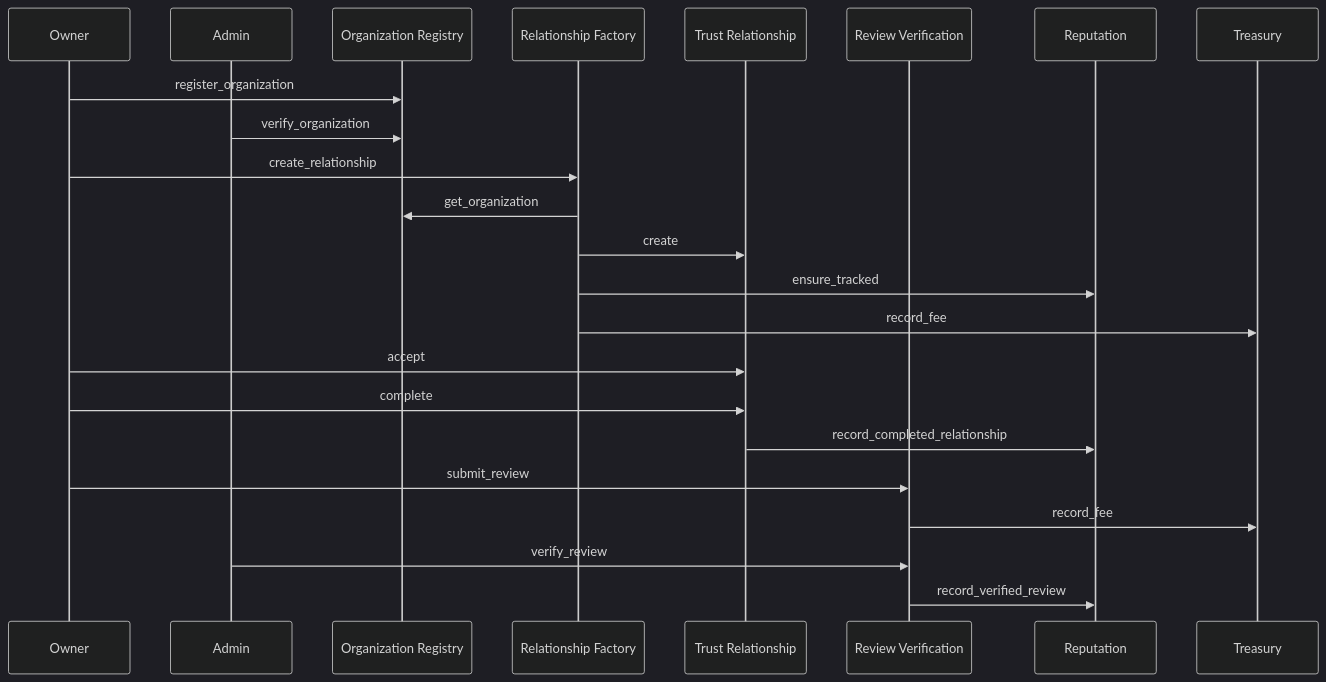
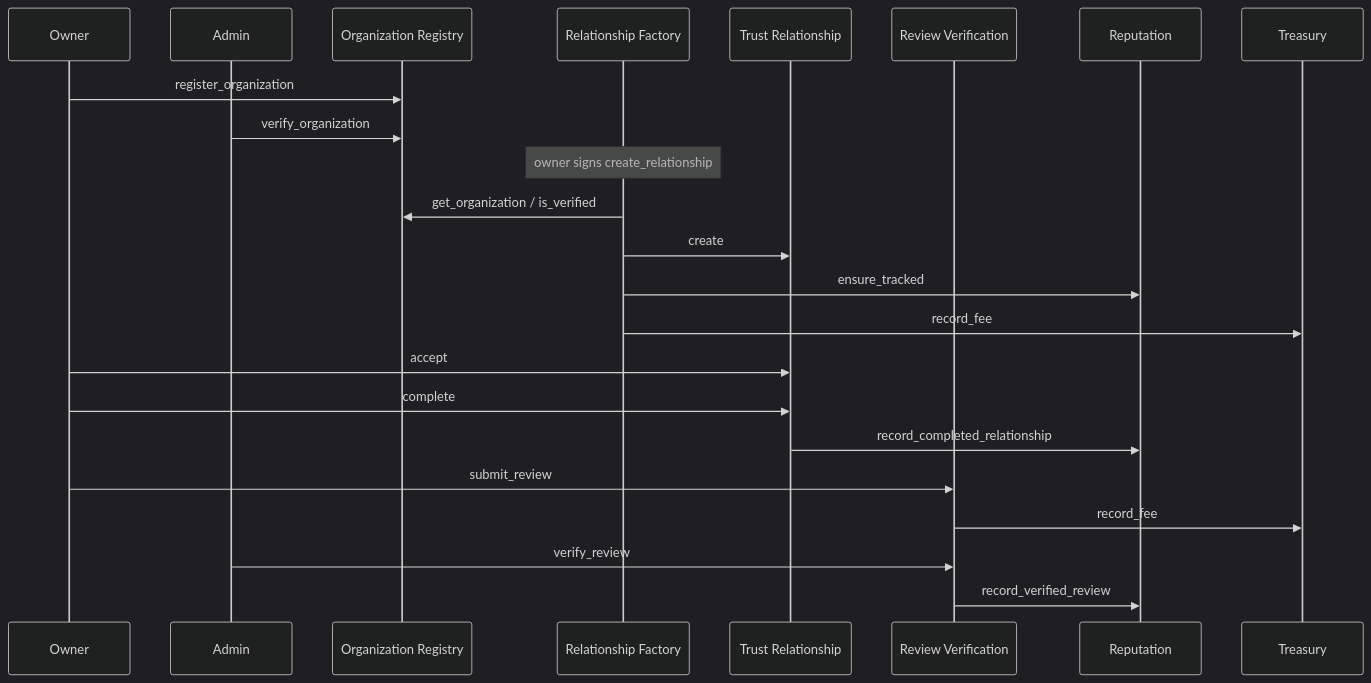
One commit to nishant-uxs/TrustMesh changed the second of 4 diagrams in README.md. Above: the diagram before and after it, drawn with Mermaid (dark theme). The commit also changed other lines of this file and 3 other files, not shown here.

````diff
--- a/README.md
+++ b/README.md
@@ -188,26 +169,26 @@
 ```mermaid
 sequenceDiagram
   participant Owner
   participant Admin
   participant Registry as Organization Registry
   participant Factory as Relationship Factory
   participant Rel as Trust Relationship
   participant Reviews as Review Verification
   participant Rep as Reputation
   participant Treasury
 
   Owner->>Registry: register_organization
   Admin->>Registry: verify_organization
-  Owner->>Factory: create_relationship
-  Factory->>Registry: get_organization
+  Note over Factory: owner signs create_relationship
+  Factory->>Registry: get_organization / is_verified
   Factory->>Rel: create
   Factory->>Rep: ensure_tracked
   Factory->>Treasury: record_fee
   Owner->>Rel: accept
   Owner->>Rel: complete
   Rel->>Rep: record_completed_relationship
   Owner->>Reviews: submit_review
   Reviews->>Treasury: record_fee
   Admin->>Reviews: verify_review
   Reviews->>Rep: record_verified_review
 ```
````
